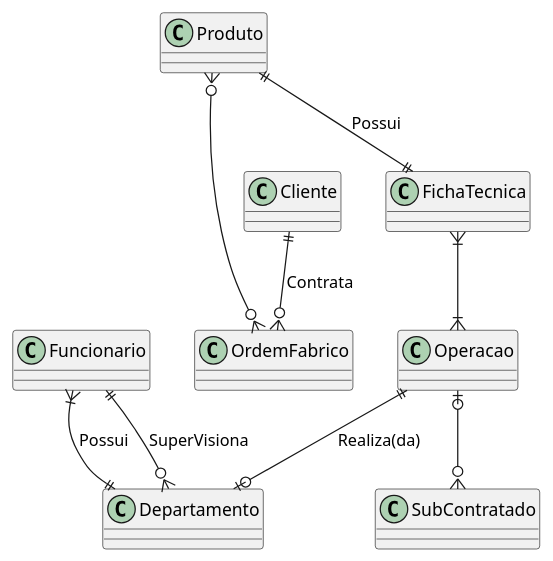
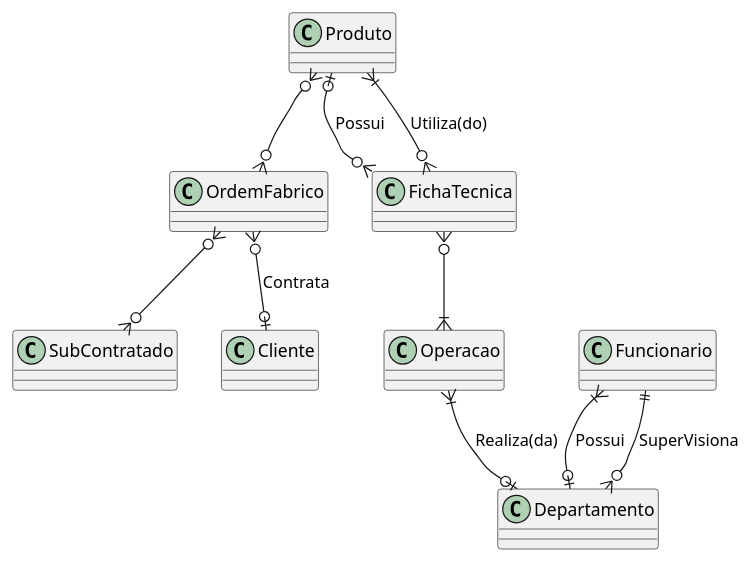
One commit to Arturito2005/TrabalhoBD changed the diagram in TabelaER/TabelaERv1_0.plantUml. Above: the diagram before and after it, drawn with PlantUML. The commit also changed 6 other files, not shown here.

```diff
--- a/TabelaER/TabelaERv1_0.plantUml
+++ b/TabelaER/TabelaERv1_0.plantUml
@@ -1,75 +1,56 @@
 @startuml tableBD
 
 class OrdemFabrico {
 }   
 
-/'
-O stock é quantidade que tem de produto
-O fornecedor vai ter os campos da tabela e o produto 
-pode ter varios
-
-Talvez haja uma tabela materiais que liga juntamente
-ao produto há tabela operação
-'/
 class Produto {
 }
 
-/'
-Conjunto de operações necessarias para a produção
-de um produto
-'/
 class FichaTecnica {
 }
 
-/'
-Parceiro externo que pode desenvolver uma operação
-Ver se apenas um subContratado pode fazer uma e so uma operação
-'/
 class Operacao {
 }
 
-/'
-Se a fabrica embia materiais para eles, 
-deve ter um campo para isso.
-'/
 class SubContratado {
 }
 
+class Departamento {
+}
 
-/'Setor da fabrica responsável por uma determinada
-operacao'/
-class Departamento {
+class Funcionario {
 }
 
 class Cliente {
 }
 
-
 /'
 Relacionamento dos Funcionarios
 '/
-Funcionario }|--|| Departamento: Possui
+Funcionario }|--o| Departamento: Possui
 Funcionario ||--o{ Departamento: SuperVisiona 
 
 /'
 Relacionamento das Operacoes Interna
 '/
-Operacao ||--o| Departamento: Realiza(da)
-Operacao |o--o{ SubContratado
+Operacao }|--o| Departamento: Realiza(da)
+
 /'
 Relacionamento Ficha Tecnica
 '/
-FichaTecnica }|--|{ Operacao
+FichaTecnica }o--|{ Operacao
+FichaTecnica }o--|{ Produto: Utiliza(do)
 
 /'
 Relacionamentos do Produto
 '/
-Produto ||--|| FichaTecnica: Possui
-Produto }o---o{ OrdemFabrico
+Produto |o--o{ FichaTecnica: Possui
+Produto }o--o{ OrdemFabrico
 
 /'
 Relacionamento Ordem Fabrico
 '/
-Cliente ||--o{ OrdemFabrico: Contrata
+OrdemFabrico }o--o| Cliente: Contrata
+OrdemFabrico }o--o{ SubContratado
 
 @enduml
```
